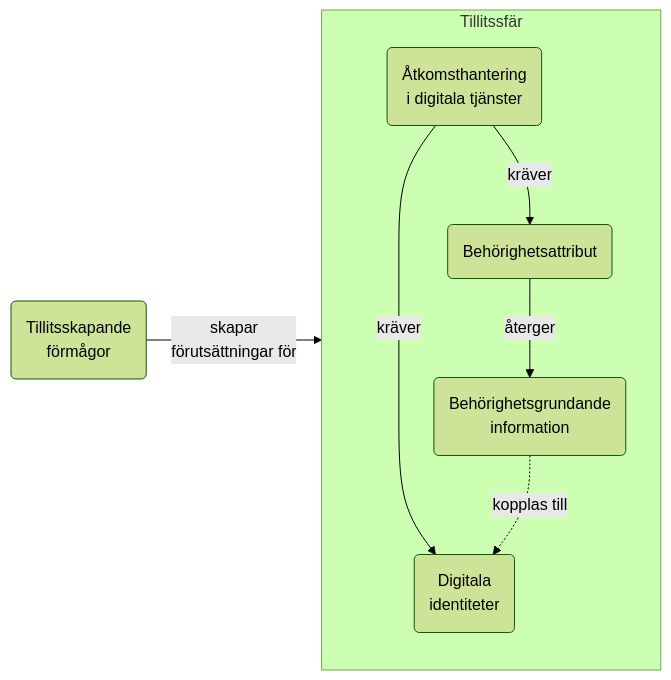
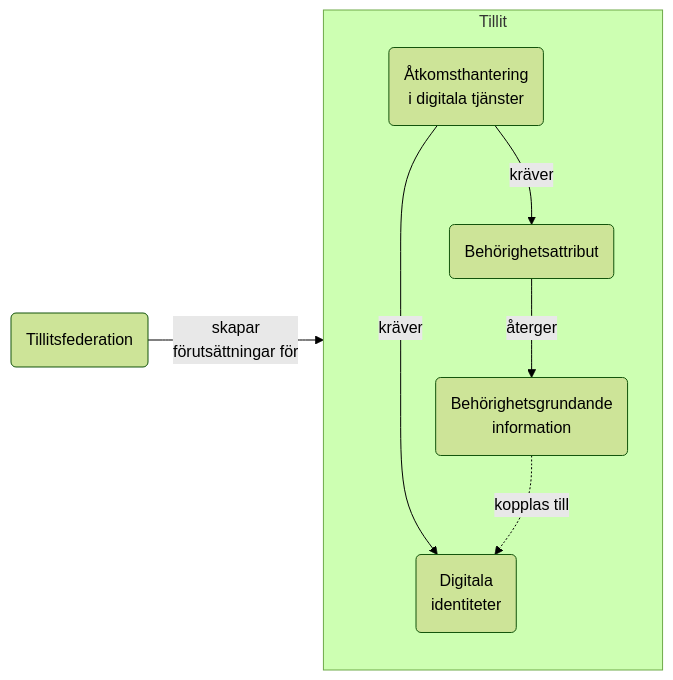
Before and after one commit to diggsweden/ena-authorization: the first of 5 diagrams in IAM_TargetArchitecture_Sweden.md, drawn with Mermaid (forest theme). The commit also changed other lines of this file, not shown here.

````diff
--- a/IAM_TargetArchitecture_Sweden.md
+++ b/IAM_TargetArchitecture_Sweden.md
@@ -7,16 +7,15 @@
 ```mermaid
 graph LR
-subgraph TS[Tillitssfär]
+subgraph TS[Tillit]
     ID(Digitala\n identiteter) 
     B(Behörighetsgrundande\ninformation)
     BM(Behörighetsattribut)
     Å(Åtkomsthantering \ni digitala tjänster)
 end
 
-T(Tillitsskapande\n förmågor)
 Å --kräver--> ID
-T --skapar\n förutsättningar för --> TS
+T(Tillitsfederation) --skapar\n förutsättningar för --> TS
 B -.kopplas till.->ID
 Å --kräver--> BM
 BM --återger--> B
 ```
````
